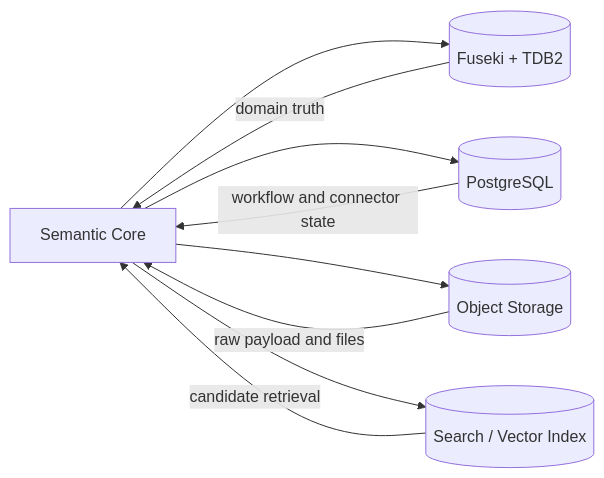
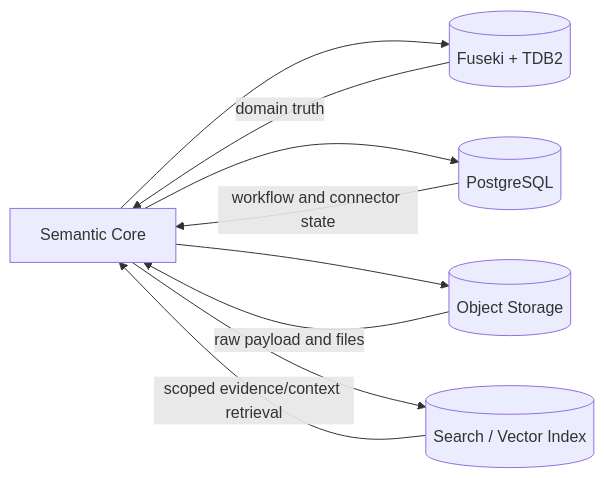
One commit to triet4p/projecta changed the third of 4 diagrams in docs/initialization/03-Project-Architecture-Overview.md. Above: the diagram before and after it, drawn with Mermaid. The commit also changed other lines of this file and 89 other files, not shown here.

````diff
--- a/docs/initialization/03-Project-Architecture-Overview.md
+++ b/docs/initialization/03-Project-Architecture-Overview.md
@@ -235,12 +246,12 @@
 ```mermaid
 flowchart LR
     SC[Semantic Core] --> RDF[(Fuseki + TDB2)]
     SC --> PG[(PostgreSQL)]
     SC --> OBJ[(Object Storage)]
     SC --> IDX[(Search / Vector Index)]
 
     RDF -->|domain truth| SC
     PG -->|workflow and connector state| SC
     OBJ -->|raw payload and files| SC
-    IDX -->|candidate retrieval| SC
+    IDX -->|scoped evidence/context retrieval| SC
 ```
````
